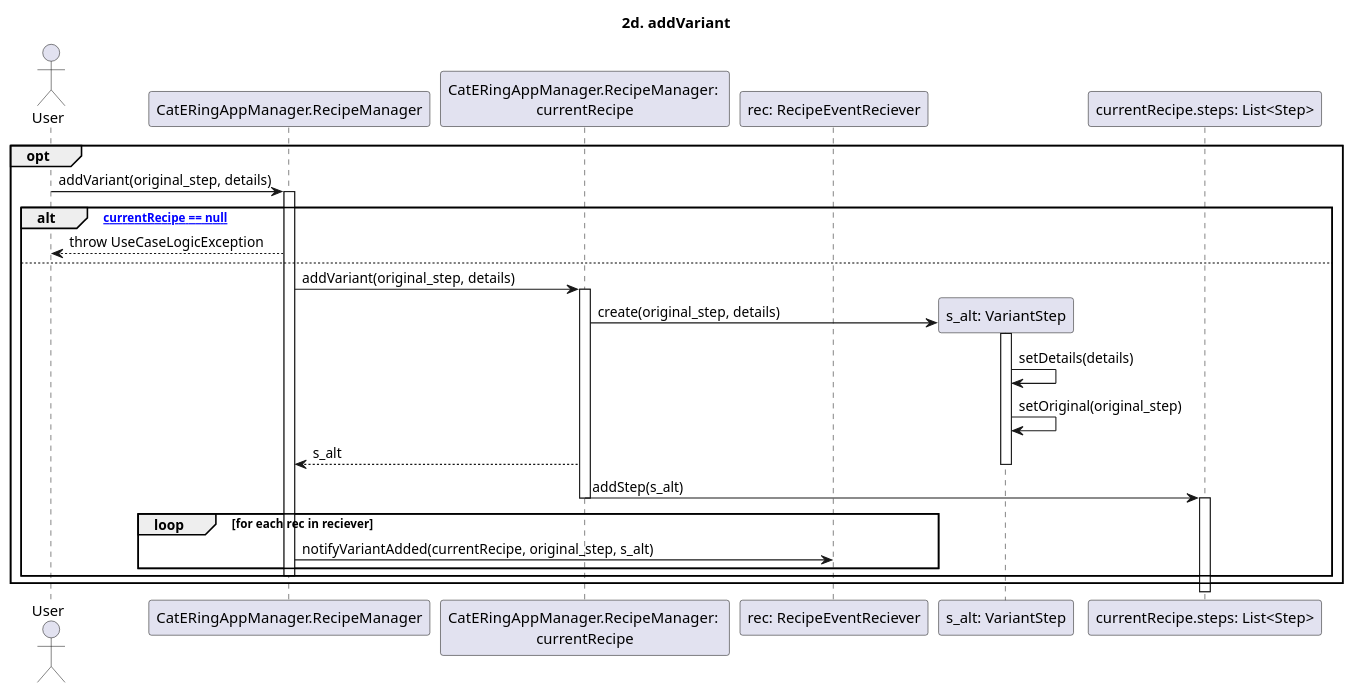
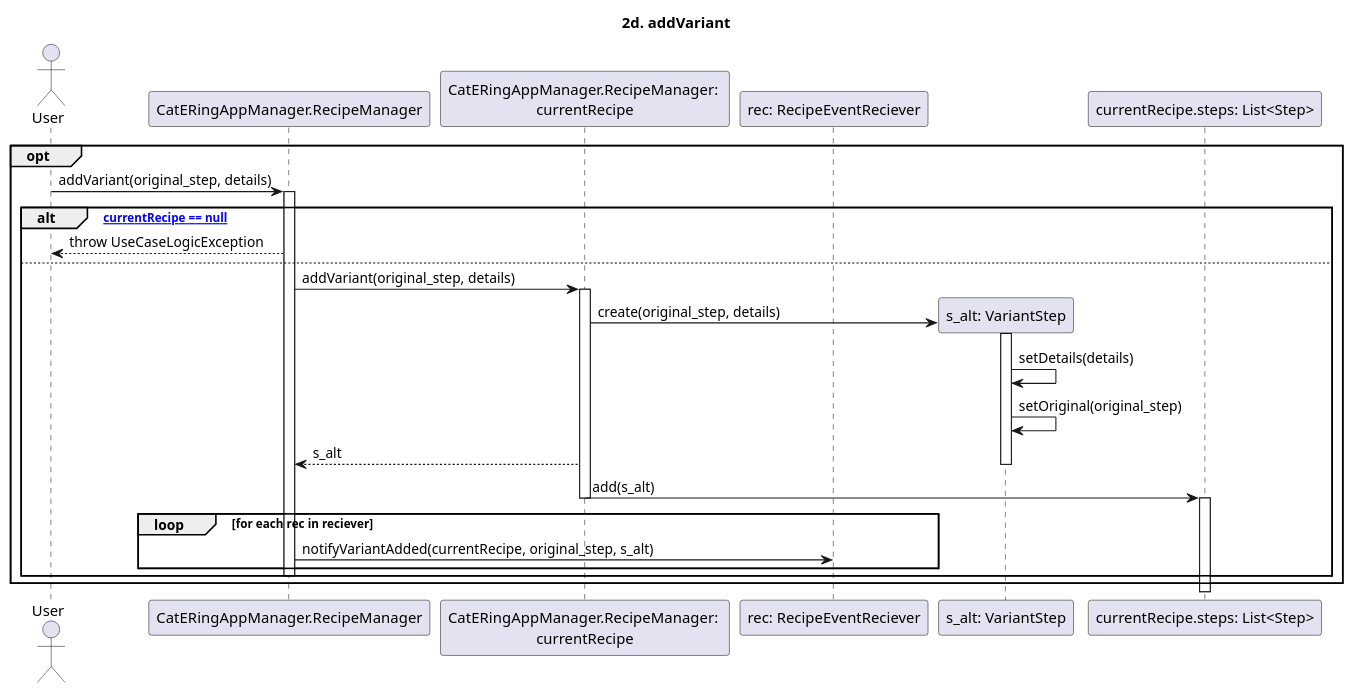
Before and after one commit to m0canu1/sas: the diagram in dsd/dsd-ricette/estensioni/2d-addVariant.md, drawn with PlantUML. The commit also changed 14 other files, not shown here.

````diff
--- a/dsd/dsd-ricette/estensioni/2d-addVariant.md
+++ b/dsd/dsd-ricette/estensioni/2d-addVariant.md
@@ -1,44 +1,45 @@
 ```plantuml
 
 title: 2d. addVariant
 
 Actor User
 Participant "CatERingAppManager.RecipeManager" as RM 
 Participant "CatERingAppManager.RecipeManager: \ncurrentRecipe" as CR
 Participant "rec: RecipeEventReciever" as RER
 
 opt
 	User -> RM: addVariant(original_step, details)
 	Activate RM
 
 	alt ["currentRecipe == null"]
         RM --> User: throw UseCaseLogicException
     else
     	
     	RM -> CR: addVariant(original_step, details)
         Activate CR
         
 
     	create "s_alt: VariantStep"
 
             CR -> "s_alt: VariantStep": create(original_step, details)
         Activate "s_alt: VariantStep"
             "s_alt: VariantStep" -> "s_alt: VariantStep": setDetails(details)
            	"s_alt: VariantStep" -> "s_alt: VariantStep": setOriginal(original_step)
             CR --> RM: s_alt
             Deactivate "s_alt: VariantStep"
-            CR -> "currentRecipe.steps: List<Step>": addStep(s_alt)   
-            Deactivate CR
+
+            CR -> "currentRecipe.steps: List<Step>": add(s_alt)   
+            Deactivate CR           
             Activate "currentRecipe.steps: List<Step>"
             Deactivate "currentRecipe.steps: List<Step>"
        
         
        
     	Deactivate CR
         loop for each rec in reciever
         RM -> RER: notifyVariantAdded(currentRecipe, original_step, s_alt)
         end
     	Deactivate RM
    	end
 end
 ```
````
